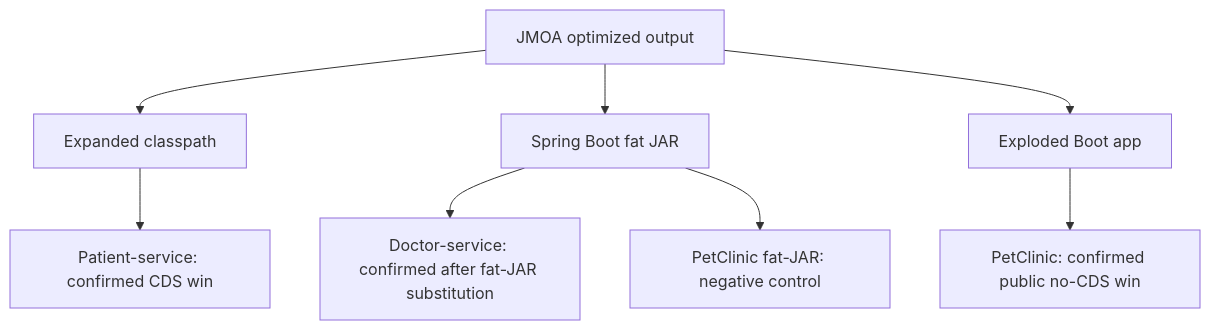
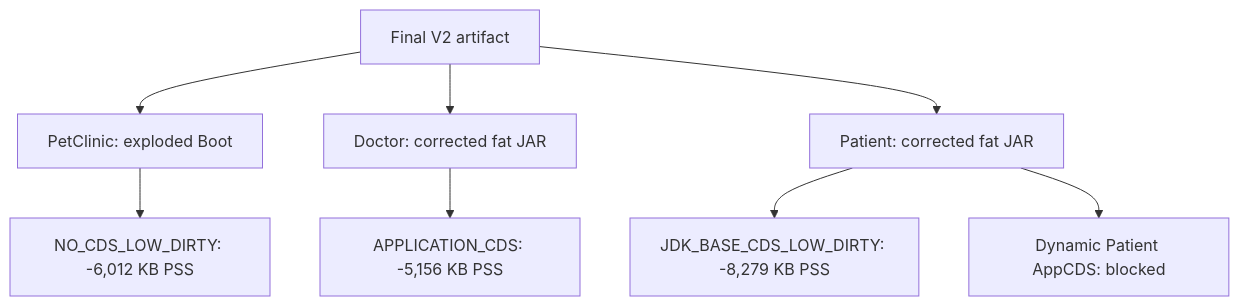
The diagram in ASSETS/diagrams/runtime-modes.mmd (AlphaSudo/jmoa-jvm-optimization-portfolio), drawn with Mermaid before and after one commit. The commit also changed 27 other files, not shown here.

```diff
--- a/ASSETS/diagrams/runtime-modes.mmd
+++ b/ASSETS/diagrams/runtime-modes.mmd
@@ -1,8 +1,8 @@
 flowchart TB
-  A["JMOA optimized output"] --> B["Expanded classpath"]
-  A --> C["Spring Boot fat JAR"]
-  A --> D["Exploded Boot app"]
-  B --> E["Patient-service: confirmed CDS win"]
-  C --> F["Doctor-service: confirmed after fat-JAR substitution"]
-  D --> G["PetClinic: confirmed public no-CDS win"]
-  C --> H["PetClinic fat-JAR: negative control"]
+  A["Final V2 artifact"] --> B["PetClinic: exploded Boot"]
+  A --> C["Doctor: corrected fat JAR"]
+  A --> D["Patient: corrected fat JAR"]
+  B --> E["NO_CDS_LOW_DIRTY: -6,012 KB PSS"]
+  C --> F["APPLICATION_CDS: -5,156 KB PSS"]
+  D --> G["JDK_BASE_CDS_LOW_DIRTY: -8,279 KB PSS"]
+  D --> H["Dynamic Patient AppCDS: blocked"]
```
